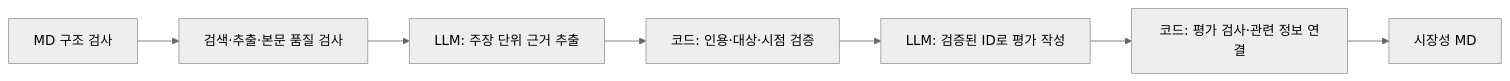
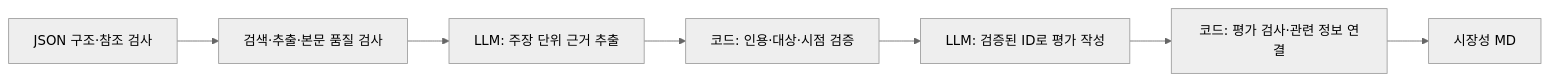
Before and after one commit to SKALA-4-7-2-3/KV-Cache-Multi-Perspective-Evaluator: the diagram in market-research-agent/market_agent/README.md, drawn with Mermaid (neutral theme). The commit also changed other lines of this file and 5 other files, not shown here.

````diff
--- a/market-research-agent/market_agent/README.md
+++ b/market-research-agent/market_agent/README.md
@@ -42,9 +42,9 @@
 ```mermaid
 flowchart LR
-    A[MD 구조 검사] --> B[검색·추출·본문 품질 검사]
+    A[JSON 구조·참조 검사] --> B[검색·추출·본문 품질 검사]
     B --> C[LLM: 주장 단위 근거 추출]
     C --> D[코드: 인용·대상·시점 검증]
     D --> E[LLM: 검증된 ID로 평가 작성]
     E --> F[코드: 평가 검사·관련 정보 연결]
     F --> G[시장성 MD]
 ```
````
